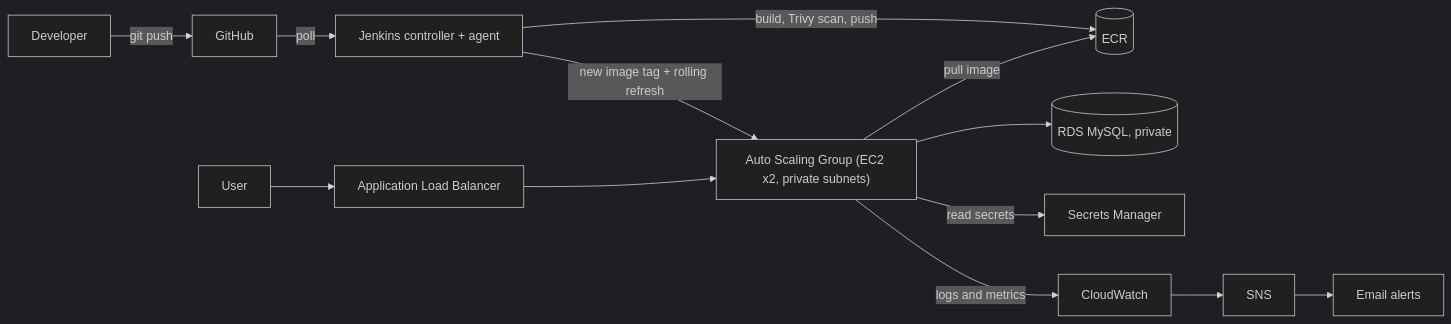
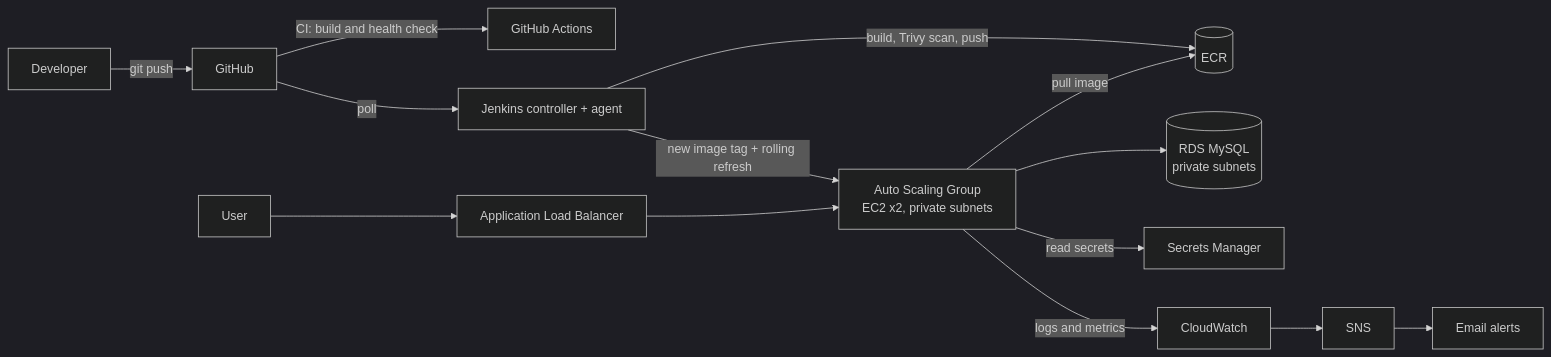
One commit to dinesh-ajmera/Human-Resource-Management-System changed the diagram in README.md. Above: the diagram before and after it, drawn with Mermaid (dark theme). The commit also changed other lines of this file and 13 other files, not shown here.

````diff
--- a/README.md
+++ b/README.md
@@ -9,13 +13,14 @@
 ```mermaid
 flowchart LR
   Dev["Developer"] -->|git push| GH["GitHub"]
+  GH -->|CI: build and health check| GA["GitHub Actions"]
   GH -->|poll| J["Jenkins controller + agent"]
   J -->|"build, Trivy scan, push"| ECR[("ECR")]
   J -->|"new image tag + rolling refresh"| ASG
-  User["User"] --> ALB["Application Load Balancer"] --> ASG["Auto Scaling Group (EC2 x2, private subnets)"]
-  ASG --> RDS[("RDS MySQL, private")]
+  User["User"] --> ALB["Application Load Balancer"] --> ASG["Auto Scaling Group<br/>EC2 x2, private subnets"]
+  ASG --> RDS[("RDS MySQL<br/>private subnets")]
   ASG -->|pull image| ECR
   ASG -->|read secrets| SM["Secrets Manager"]
   ASG -->|logs and metrics| CW["CloudWatch"]
   CW --> SNS["SNS"] --> Mail["Email alerts"]
 ```
````
